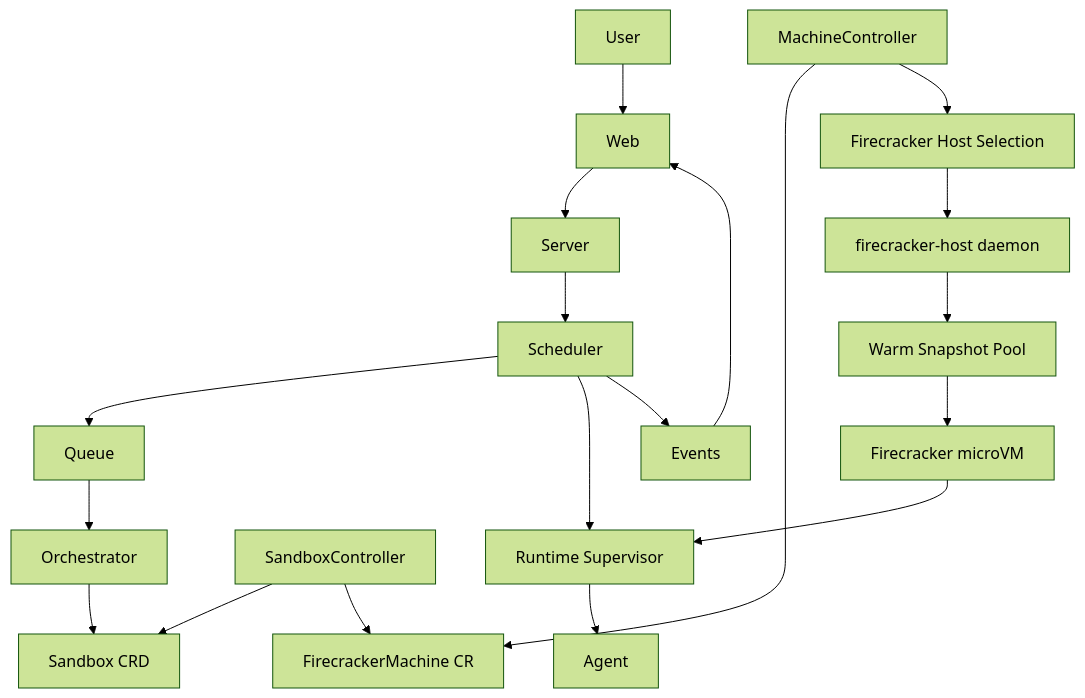
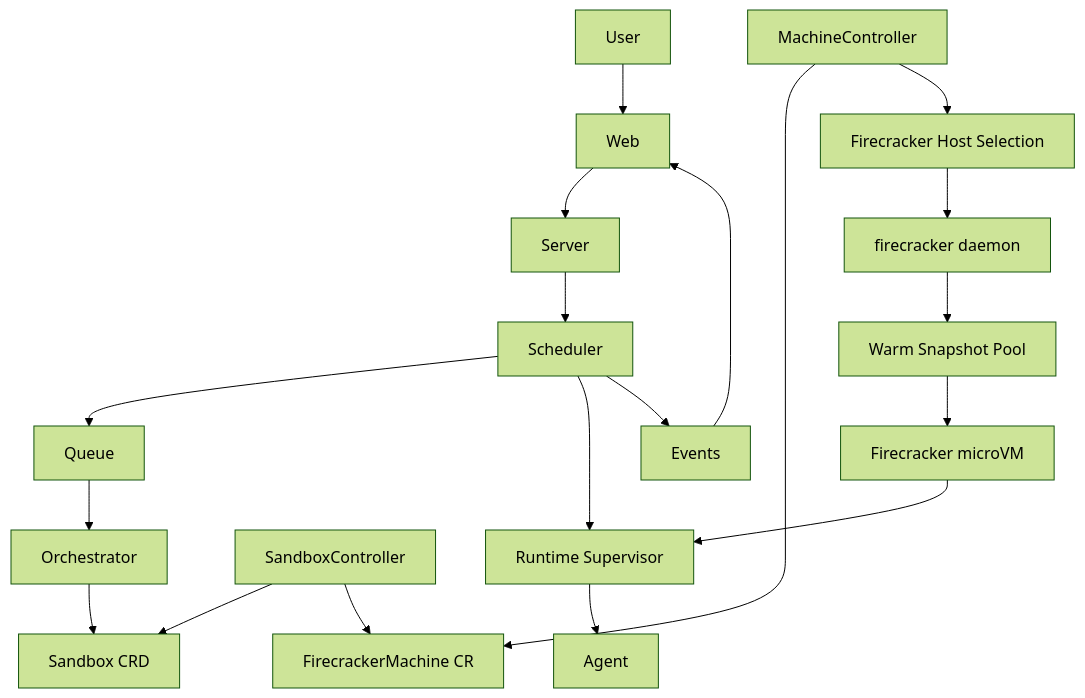
Before and after one commit to chill-czar/devin: the diagram in README.md, drawn with Mermaid (forest theme). The commit also changed other lines of this file and 44 other files, not shown here.

First line of the commit message:
refactor(firecracker): rename firecracker-host app to firecracker

````diff
--- a/README.md
+++ b/README.md
@@ -11,21 +11,21 @@
 ```mermaid
 flowchart TB
   User --> Web
   Web --> Server
   Server --> Scheduler
   Scheduler --> Queue
   Queue --> Orchestrator
   Orchestrator --> SandboxCRD["Sandbox CRD"]
   SandboxController --> SandboxCRD
   SandboxController --> MachineCRD["FirecrackerMachine CR"]
   MachineController --> MachineCRD
   MachineController --> HostSelect["Firecracker Host Selection"]
-  HostSelect --> FCHost["firecracker-host daemon"]
+  HostSelect --> FCHost["firecracker daemon"]
   FCHost --> SnapshotPool["Warm Snapshot Pool"]
   SnapshotPool --> microVM["Firecracker microVM"]
   microVM --> Runtime["Runtime Supervisor"]
   Scheduler --> Runtime
   Runtime --> Agent
   Scheduler --> Events
   Events --> Web
 ```
````
